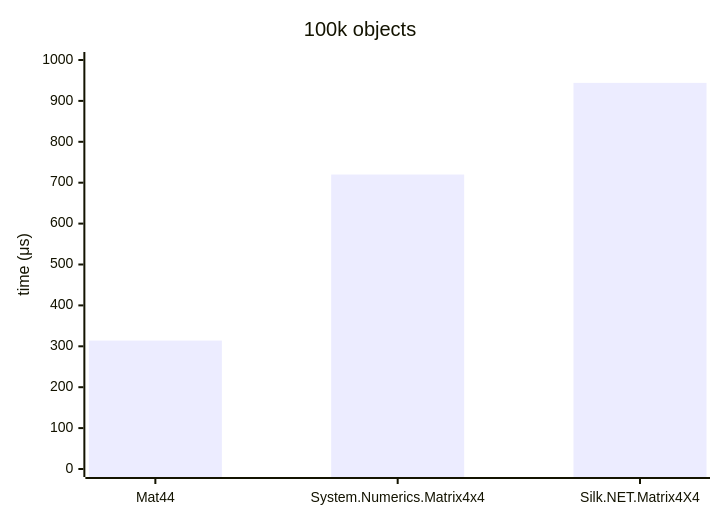
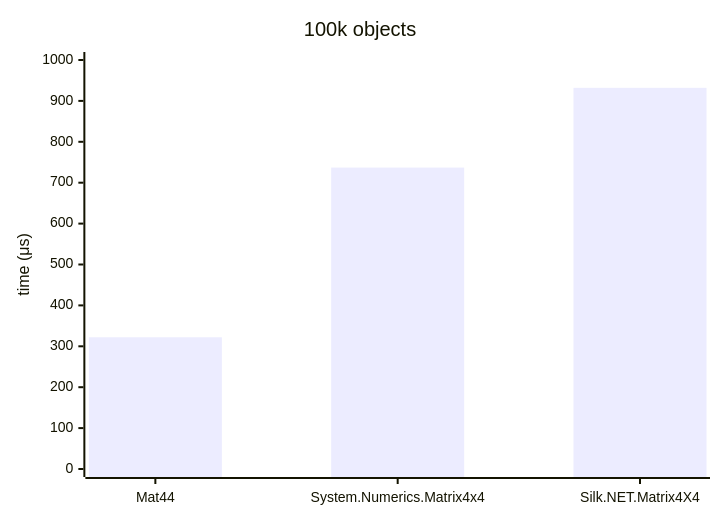
The third of 3 diagrams in reports/mat44-f32-affine.md (malstraem/generic-simd-numerics), drawn with Mermaid before and after one commit. The commit also changed other lines of this file and 90 other files, not shown here.

````diff
--- a/reports/mat44-f32-affine.md
+++ b/reports/mat44-f32-affine.md
@@ -1121,7 +1061,7 @@
 ```mermaid
 xychart
     title "100k objects"
     x-axis [Mat44, System.Numerics.Matrix4x4, Silk.NET.Matrix4X4]
     y-axis "time (μs)" 0 --> 1000
-    bar [314, 720, 944]
+    bar [322, 737, 932]
 ```
````
